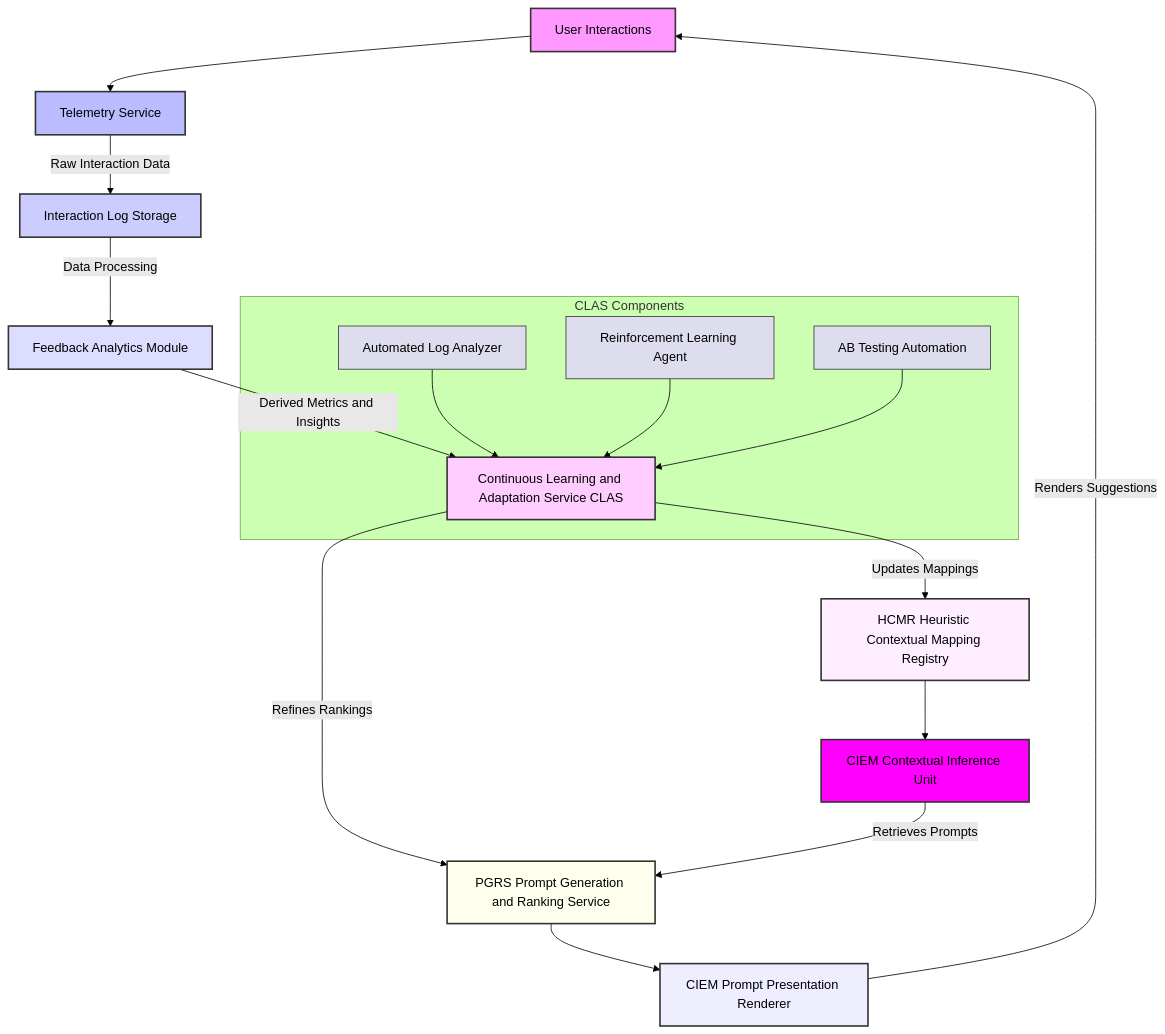
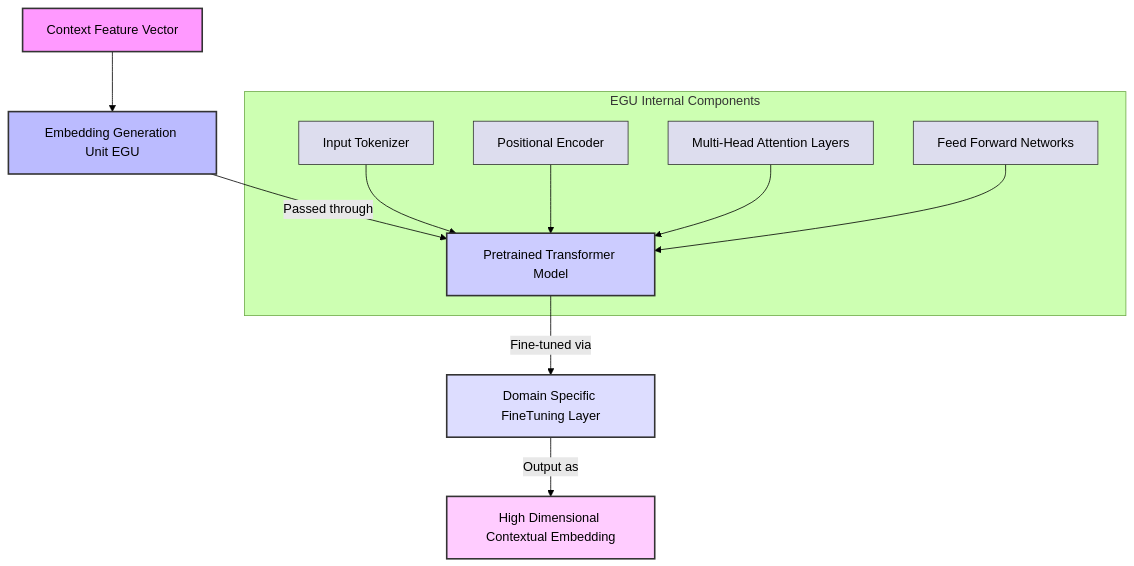
Before and after one commit to diplomat-bit/Citibank_Demo_Business_Inc_Demonstration-: the fifth of 14 diagrams in inventions/002_ai_contextual_prompt_suggestion.md, drawn with Mermaid (forest theme). The commit also changed other lines of this file, not shown here.

Commit message:
[AI] Edit: inventions/002_ai_contextual_prompt_suggestion.md

````diff
--- a/inventions/002_ai_contextual_prompt_suggestion.md
+++ b/inventions/002_ai_contextual_prompt_suggestion.md
@@ -276,32 +345,25 @@
-```mermaid
-graph TD
-    A[User Interactions] --> B[Telemetry Service]
-    B -- Raw Interaction Data --> C[Interaction Log Storage]
-    C -- Data Processing --> D[Feedback Analytics Module]
-    D -- Derived Metrics and Insights --> E[Continuous Learning and Adaptation Service CLAS]
-    E -- Refines Rankings --> F[PGRS Prompt Generation and Ranking Service]
-    E -- Updates Mappings --> G[HCMR Heuristic Contextual Mapping Registry]
-    F --> H[CIEM Prompt Presentation Renderer]
-    G --> I[CIEM Contextual Inference Unit]
-    H -- Renders Suggestions --> A
-    I -- Retrieves Prompts --> F
+    ```mermaid
+    graph TD
+        A[Context Feature Vector] --> B[Embedding Generation Unit EGU]
+        B -- Passed through --> C[Pretrained Transformer Model]
+        C -- Fine-tuned via --> D[Domain Specific FineTuning Layer]
+        D -- Output as --> E[High Dimensional Contextual Embedding]
 
-    subgraph CLAS Components
-        E1[Automated Log Analyzer] --> E
-        E2[Reinforcement Learning Agent] --> E
-        E3[AB Testing Automation] --> E
-    end
+        subgraph EGU Internal Components
+            C1[Input Tokenizer]
+            C2[Positional Encoder]
+            C3[Multi-Head Attention Layers]
+            C4[Feed Forward Networks]
+            C1 & C2 & C3 & C4 --> C
+        end
 
-    style A fill:#f9f,stroke:#333,stroke-width:2px
-    style B fill:#bbf,stroke:#333,stroke-width:2px
-    style C fill:#ccf,stroke:#333,stroke-width:2px
-    style D fill:#ddf,stroke:#333,stroke-width:2px
-    style E fill:#fcf,stroke:#333,stroke-width:2px
-    style F fill:#ffe,stroke:#333,stroke-width:2px
-    style G fill:#fef,stroke:#333,stroke-width:2px
-    style H fill:#eef,stroke:#333,stroke-width:2px
-    style I fill:#f0f,stroke:#333,stroke-width:2px
-    style E1 fill:#dde,stroke:#333,stroke-width:1px
-    style E2 fill:#dde,stroke:#333,stroke-width:1px
-    style E3 fill:#dde,stroke:#333,stroke-width:1px
-```
+        style A fill:#f9f,stroke:#333,stroke-width:2px
+        style B fill:#bbf,stroke:#333,stroke-width:2px
+        style C fill:#ccf,stroke:#333,stroke-width:2px
+        style D fill:#ddf,stroke:#333,stroke-width:2px
+        style E fill:#fcf,stroke:#333,stroke-width:2px
+        style C1 fill:#dde,stroke:#333,stroke-width:1px
+        style C2 fill:#dde,stroke:#333,stroke-width:1px
+        style C3 fill:#dde,stroke:#333,stroke-width:1px
+        style C4 fill:#dde,stroke:#333,stroke-width:1px
+    ```
````
